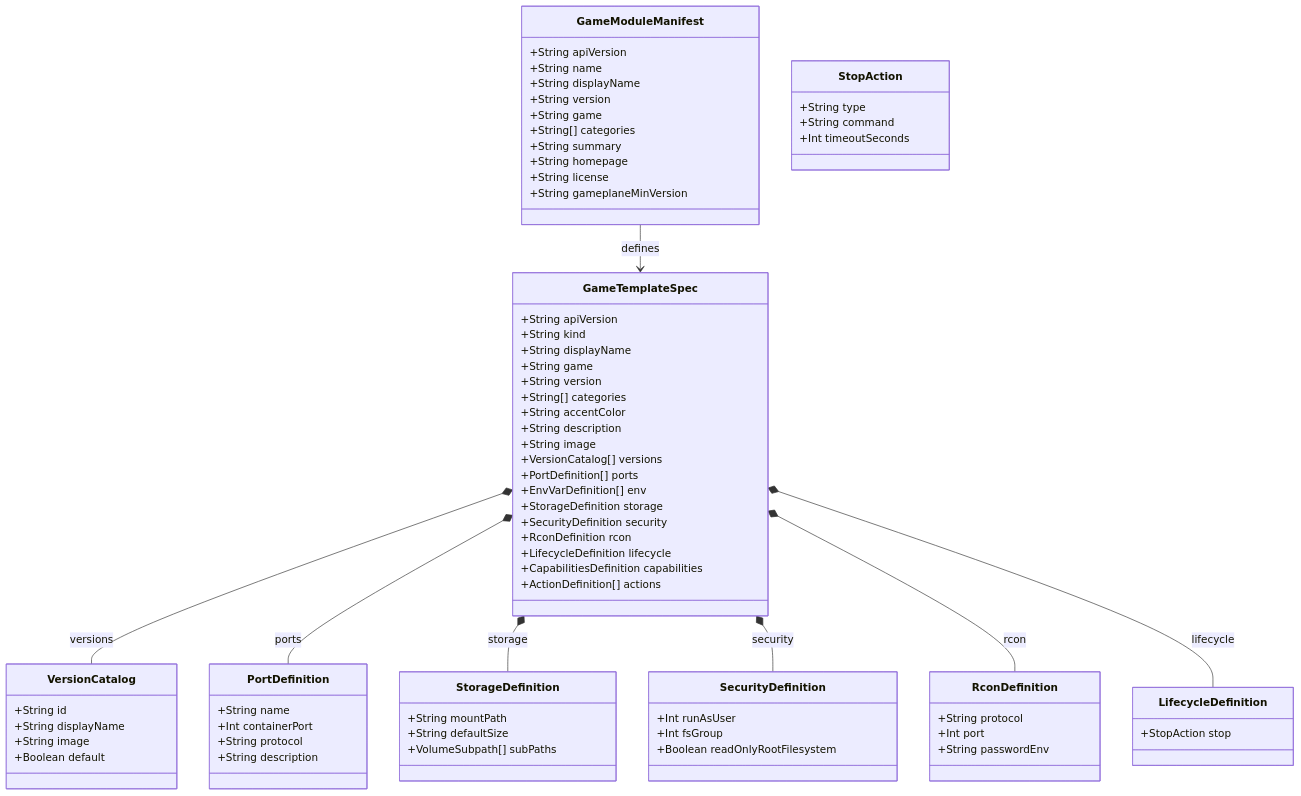
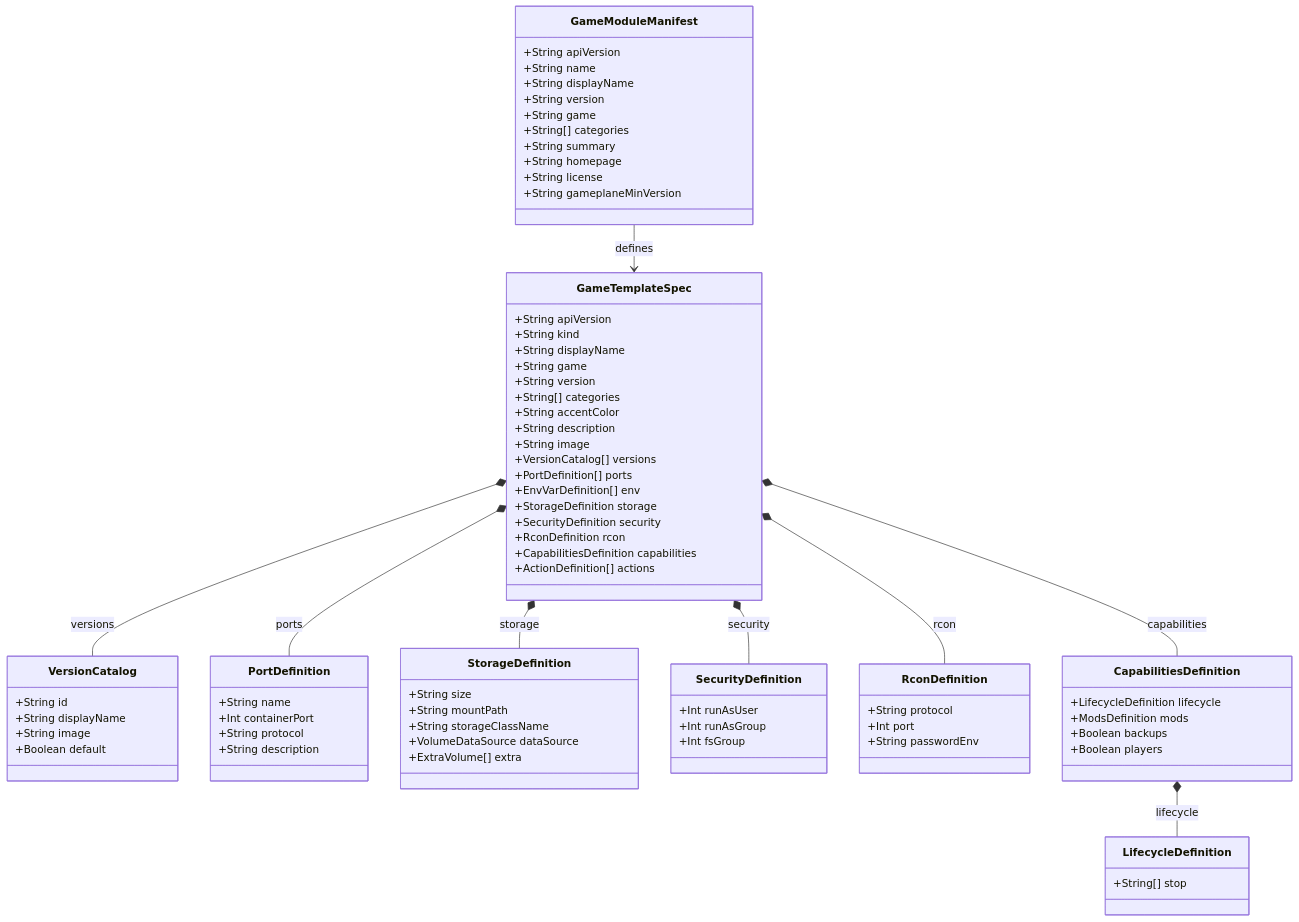
One commit to ValgulNecron/Gameplane changed the first of 2 diagrams in specs/015-top-steam-game-modules/data-model.md. Above: the diagram before and after it, drawn with Mermaid. The commit also changed other lines of this file and 14 other files, not shown here.

````diff
--- a/specs/015-top-steam-game-modules/data-model.md
+++ b/specs/015-top-steam-game-modules/data-model.md
@@ -41,7 +41,6 @@
         +StorageDefinition storage
         +SecurityDefinition security
         +RconDefinition rcon
-        +LifecycleDefinition lifecycle
         +CapabilitiesDefinition capabilities
         +ActionDefinition[] actions
     }
@@ -61,15 +60,17 @@
     }
 
     class StorageDefinition {
+        +String size
         +String mountPath
-        +String defaultSize
-        +VolumeSubpath[] subPaths
+        +String storageClassName
+        +VolumeDataSource dataSource
+        +ExtraVolume[] extra
     }
 
     class SecurityDefinition {
         +Int runAsUser
+        +Int runAsGroup
         +Int fsGroup
-        +Boolean readOnlyRootFilesystem
     }
 
     class RconDefinition {
@@ -78,14 +79,15 @@
         +String passwordEnv
     }
 
-    class LifecycleDefinition {
-        +StopAction stop
+    class CapabilitiesDefinition {
+        +LifecycleDefinition lifecycle
+        +ModsDefinition mods
+        +Boolean backups
+        +Boolean players
     }
 
-    class StopAction {
-        +String type
-        +String command
-        +Int timeoutSeconds
+    class LifecycleDefinition {
+        +String[] stop
     }
 
     GameModuleManifest --> GameTemplateSpec : defines
@@ -94,5 +96,6 @@
     GameTemplateSpec *-- StorageDefinition : storage
     GameTemplateSpec *-- SecurityDefinition : security
     GameTemplateSpec *-- RconDefinition : rcon
-    GameTemplateSpec *-- LifecycleDefinition : lifecycle
+    GameTemplateSpec *-- CapabilitiesDefinition : capabilities
+    CapabilitiesDefinition *-- LifecycleDefinition : lifecycle
 ```
````
